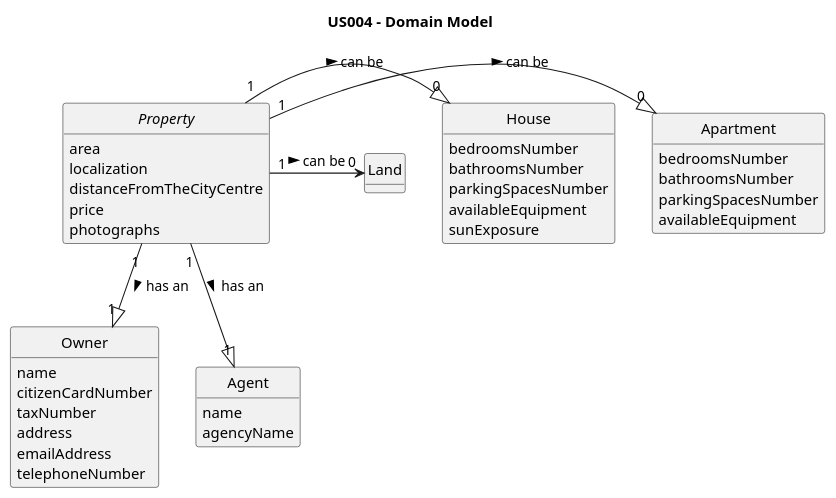
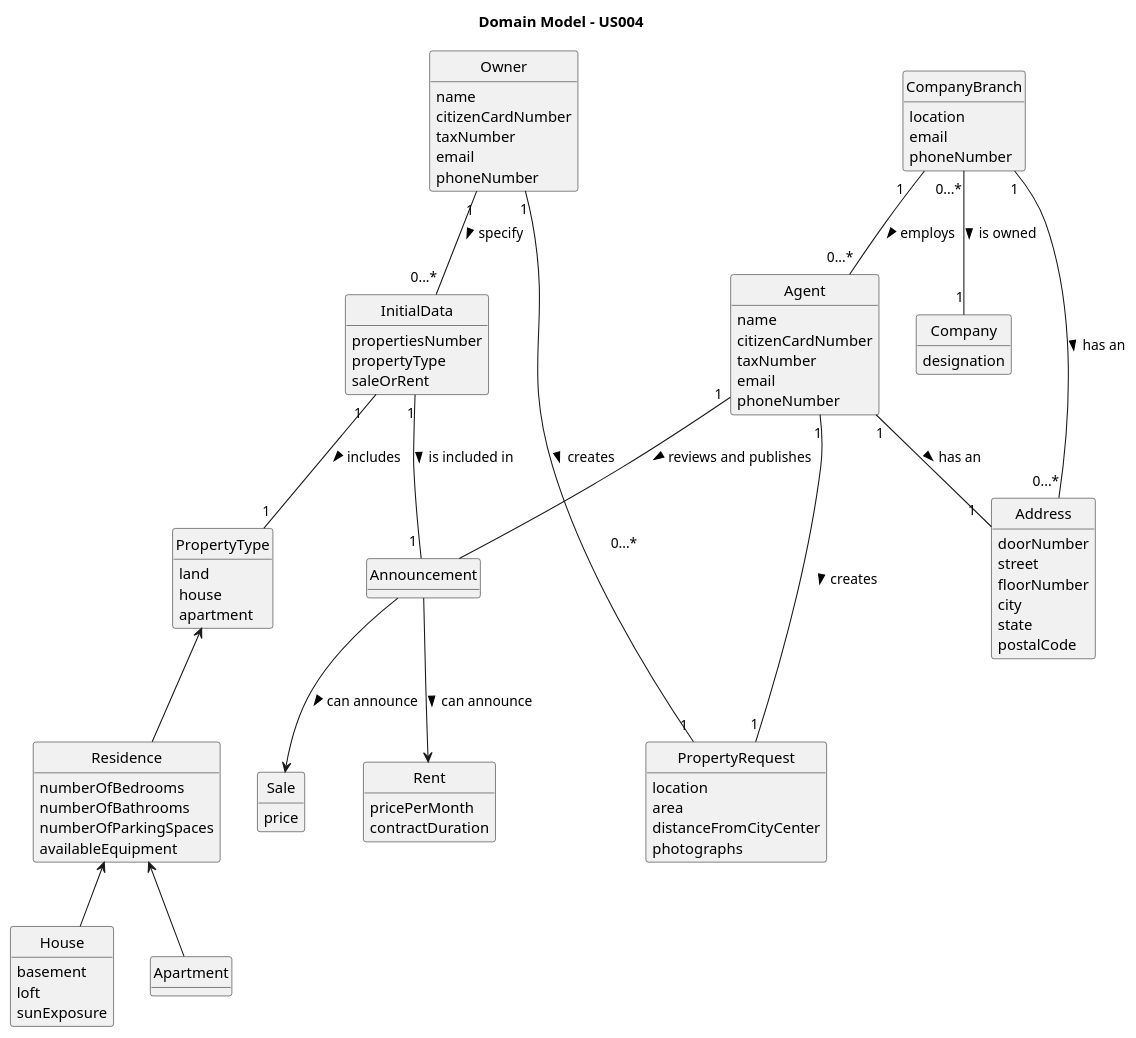
The diagram in docs/sprintA/us004/02.analysis/puml/us004-domain-model.puml (1220812/LAPR2), drawn with PlantUML before and after one commit. The commit also changed 1 other file, not shown here.

Commit message:
Us004 Domain Model fixed

```diff
--- a/docs/sprintA/us004/02.analysis/puml/us004-domain-model.puml
+++ b/docs/sprintA/us004/02.analysis/puml/us004-domain-model.puml
@@ -1,63 +1,119 @@
 @startuml
 skinparam monochrome true
 skinparam packageStyle rectangle
 skinparam shadowing false
 
 'left to right direction
 
 skinparam classAttributeIconSize 0
 
 hide circle
 hide methods
 
-title US004 - Domain Model
+title Domain Model - US004
 
-abstract class Property {
-    area
-    localization
-    distanceFromTheCityCentre
-    price
-    photographs
+class Owner{
+name
+citizenCardNumber
+taxNumber
+email
+phoneNumber
 }
 
-class Owner {
-    name
-    citizenCardNumber
-    taxNumber
-    address
-    emailAddress
-    telephoneNumber
+class Address{
+doorNumber
+street
+floorNumber
+city
+state
+postalCode
 }
 
-class Land{
+class CompanyBranch{
+location
+email
+phoneNumber
+}
 
+class Company{
+designation
+}
+
+class Agent{
+name
+citizenCardNumber
+taxNumber
+email
+phoneNumber
+}
+
+class InitialData{
+propertiesNumber
+propertyType
+saleOrRent
+}
+
+class PropertyType{
+land
+house
+apartment
+}
+
+class Rent{
+pricePerMonth
+contractDuration
+}
+
+class Sale{
+price
+}
+
+class PropertyRequest{
+location
+area
+distanceFromCityCenter
+photographs
+}
+
+class Residence{
+numberOfBedrooms
+numberOfBathrooms
+numberOfParkingSpaces
+availableEquipment
 }
 
 class House{
-    bedroomsNumber
-    bathroomsNumber
-    parkingSpacesNumber
-    availableEquipment
-    sunExposure
+basement
+loft
+sunExposure
 }
 
 class Apartment{
-    bedroomsNumber
-    bathroomsNumber
-    parkingSpacesNumber
-    availableEquipment
-}
-class Agent{
-    name
-    agencyName
 }
 
-Property "1" --|> "1" Owner : has an >
-Property "1" --|> "1" Agent : has an >
+class Announcement{
+}
 
-Property "1" -R-|> "0" Apartment : can be >
-Property "1" -R-|> "0" House : can be >
-Property "1" -R-----> "0" Land : can be >
+CompanyBranch "0...*" -- "1" Company : is owned >
+CompanyBranch "1    " -- "0...*" Agent : employs >
+CompanyBranch "1 " -- "0...*" Address : has an >
 
+Agent "1" -- "                                  0...*" Announcement : reviews and publishes >
+Agent "1" -- "1  " Address : has an >
+Agent "1" --- "1" PropertyRequest : creates >
+
+Owner "1" -- "0...*" InitialData : specify >
+Owner "1" -- "1" PropertyRequest : creates >
+
+InitialData "1  " -- "1" PropertyType : includes >
+InitialData "1" -- "      1" Announcement : is included in >
+
+PropertyType <-- Residence
+
+Residence <-- House
+Residence <-- Apartment
+
+Announcement --> Sale : can announce >
+Announcement --> Rent : can announce >
 
 @enduml
```
